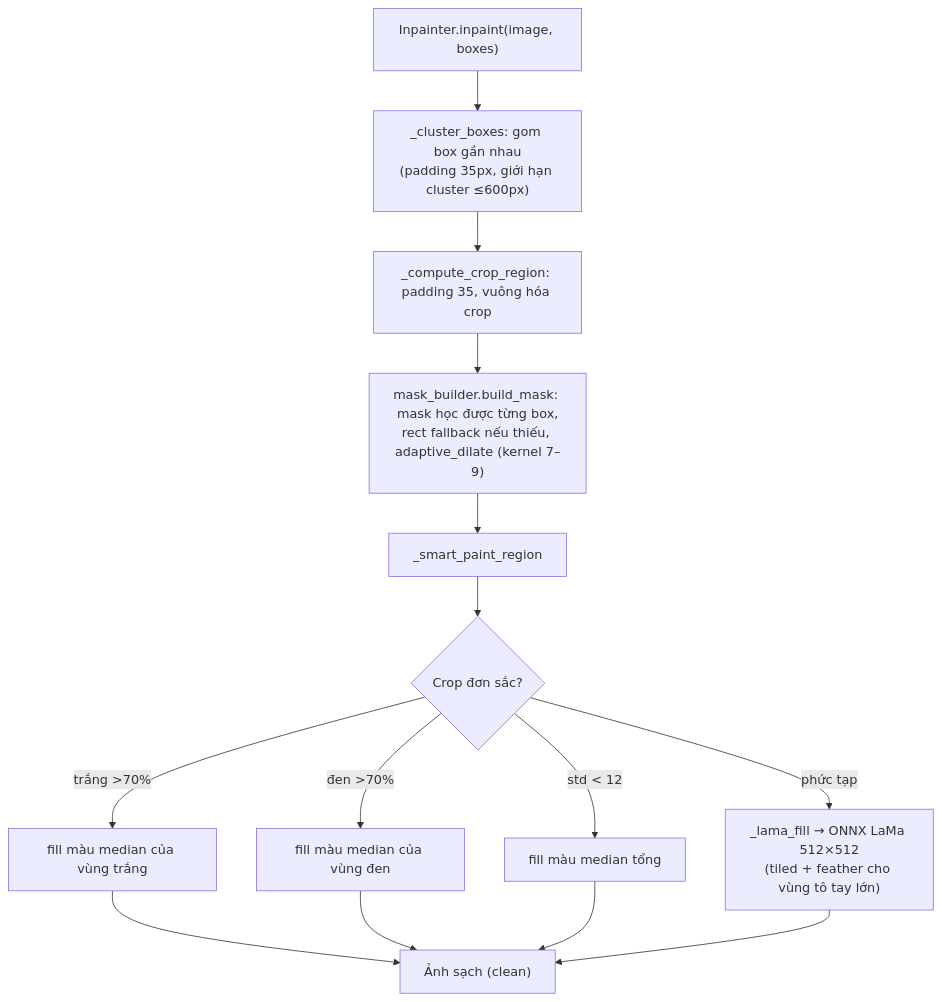
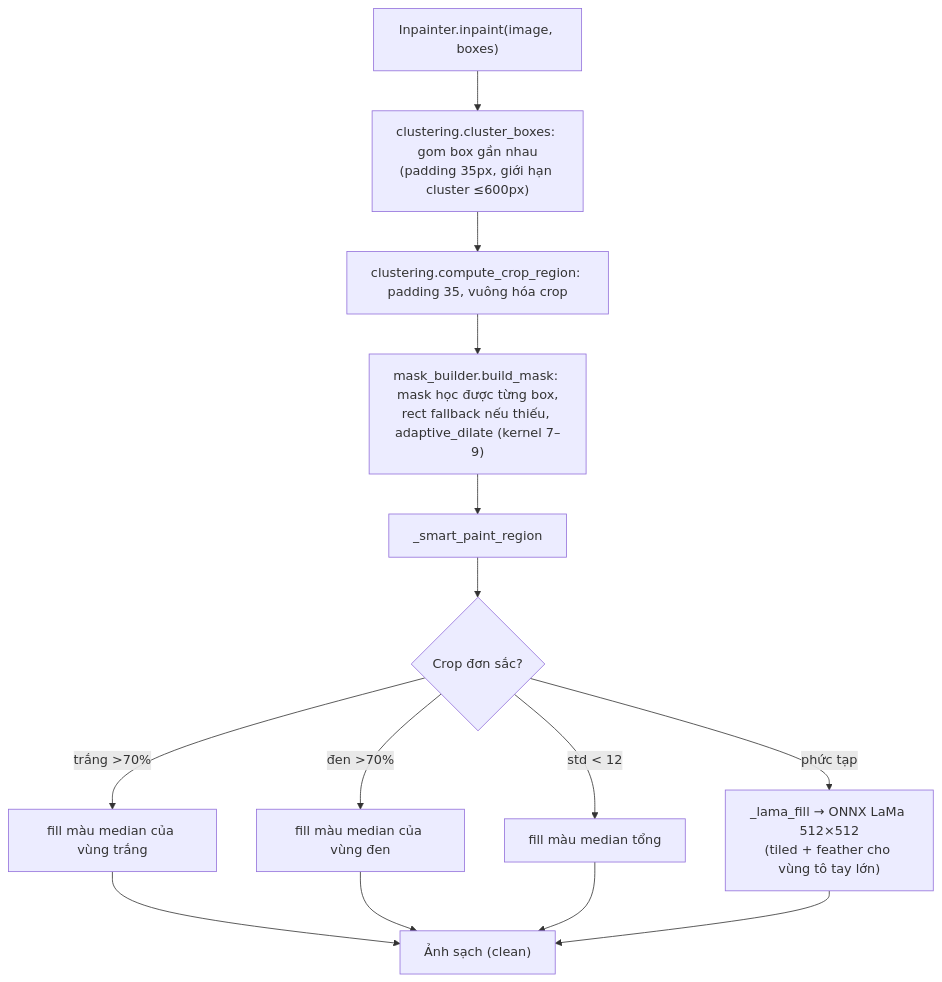
The seventh of 12 diagrams in docs/ARCHITECTURE.md (tuantran00541-spec/manga-translator), drawn with Mermaid before and after one commit. The commit also changed other lines of this file and 97 other files, not shown here.

````diff
--- a/docs/ARCHITECTURE.md
+++ b/docs/ARCHITECTURE.md
@@ -199,16 +189,16 @@
 ```mermaid
 flowchart TD
-    A["Inpainter.inpaint(image, boxes)"] --> B["_cluster_boxes: gom box gần nhau<br/>(padding 35px, giới hạn cluster ≤600px)"]
-    B --> C["_compute_crop_region: padding 35, vuông hóa crop"]
+    A["Inpainter.inpaint(image, boxes)"] --> B["clustering.cluster_boxes: gom box gần nhau<br/>(padding 35px, giới hạn cluster ≤600px)"]
+    B --> C["clustering.compute_crop_region: padding 35, vuông hóa crop"]
     C --> D["mask_builder.build_mask: mask học được từng box,<br/>rect fallback nếu thiếu, adaptive_dilate (kernel 7–9)"]
     D --> E["_smart_paint_region"]
     E --> F{"Crop đơn sắc?"}
     F -->|"trắng >70%"| G["fill màu median của vùng trắng"]
     F -->|"đen >70%"| H["fill màu median của vùng đen"]
     F -->|"std < 12"| I["fill màu median tổng"]
     F -->|"phức tạp"| J["_lama_fill → ONNX LaMa 512×512<br/>(tiled + feather cho vùng tô tay lớn)"]
     G --> K["Ảnh sạch (clean)"]
     H --> K
     I --> K
     J --> K
 ```
````
